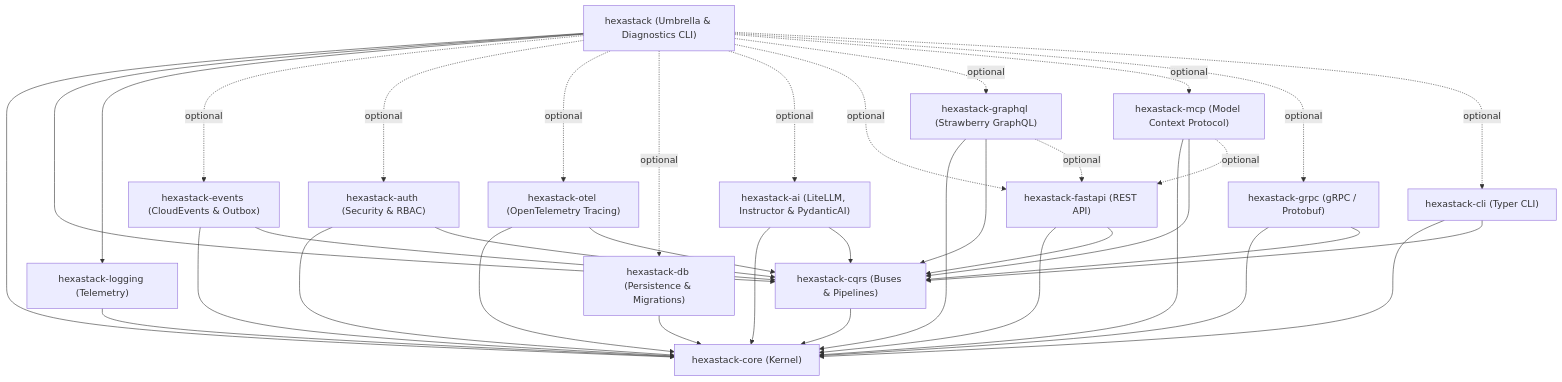
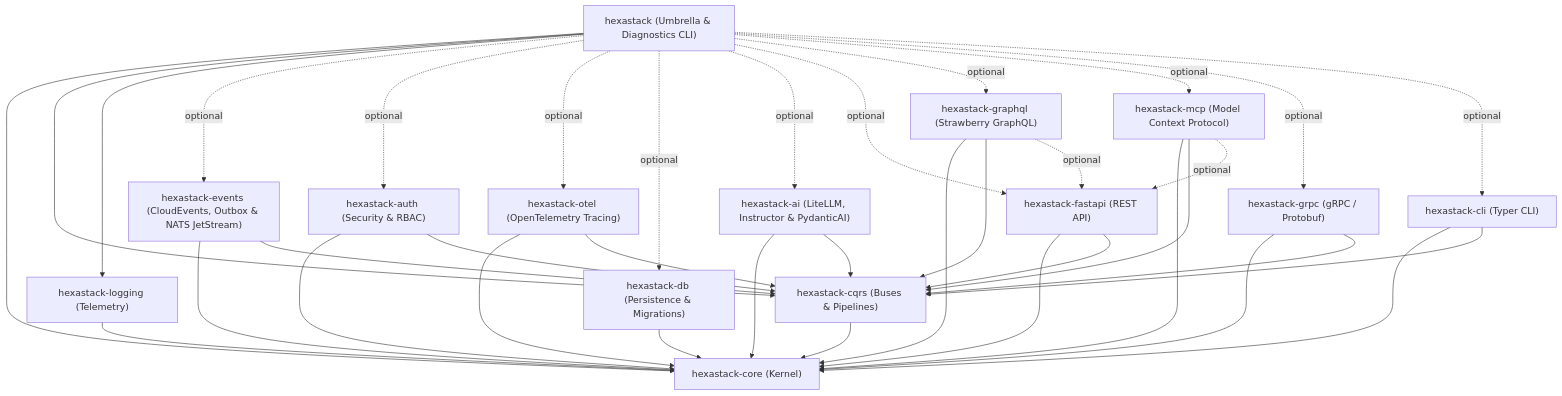
The second of 5 diagrams in README.md (TheTrueSCU/hexastack), drawn with Mermaid before and after one commit. The commit also changed other lines of this file and 10 other files, not shown here.

First line of the commit message:
feat(events): NATS JetStream event bus adapter & janus async-sync bridge (Issue #25) (#50)

````diff
--- a/README.md
+++ b/README.md
@@ -106,56 +106,56 @@
 ```mermaid
 graph TD
     Umbrella["hexastack (Umbrella & Diagnostics CLI)"]
 
     AI["hexastack-ai (LiteLLM, Instructor & PydanticAI)"]
     Auth["hexastack-auth (Security & RBAC)"]
     CLI["hexastack-cli (Typer CLI)"]
     Core["hexastack-core (Kernel)"]
     CQRS["hexastack-cqrs (Buses & Pipelines)"]
     DB["hexastack-db (Persistence & Migrations)"]
-    Events["hexastack-events (CloudEvents & Outbox)"]
+    Events["hexastack-events (CloudEvents, Outbox & NATS JetStream)"]
     FastAPI["hexastack-fastapi (REST API)"]
     GraphQL["hexastack-graphql (Strawberry GraphQL)"]
     GRPC["hexastack-grpc (gRPC / Protobuf)"]
     Logging["hexastack-logging (Telemetry)"]
     MCP["hexastack-mcp (Model Context Protocol)"]
     Otel["hexastack-otel (OpenTelemetry Tracing)"]
 
     Umbrella --> Core
     Umbrella --> CQRS
     Umbrella --> Logging
     Umbrella -. optional .-> Events
     Umbrella -. optional .-> Auth
     Umbrella -. optional .-> Otel
     Umbrella -. optional .-> DB
     Umbrella -. optional .-> AI
     Umbrella -. optional .-> FastAPI
     Umbrella -. optional .-> GraphQL
     Umbrella -. optional .-> MCP
     Umbrella -. optional .-> GRPC
     Umbrella -. optional .-> CLI
 
     CQRS --> Core
     Events --> Core
     Events --> CQRS
     Logging --> Core
     Auth --> Core
     Auth --> CQRS
     Otel --> Core
     Otel --> CQRS
     DB --> Core
     AI --> Core
     AI --> CQRS
     FastAPI --> Core
     FastAPI --> CQRS
     GraphQL --> Core
     GraphQL --> CQRS
     GraphQL -. optional .-> FastAPI
     MCP --> Core
     MCP --> CQRS
     MCP -. optional .-> FastAPI
     GRPC --> Core
     GRPC --> CQRS
     CLI --> Core
     CLI --> CQRS
 ```
````
